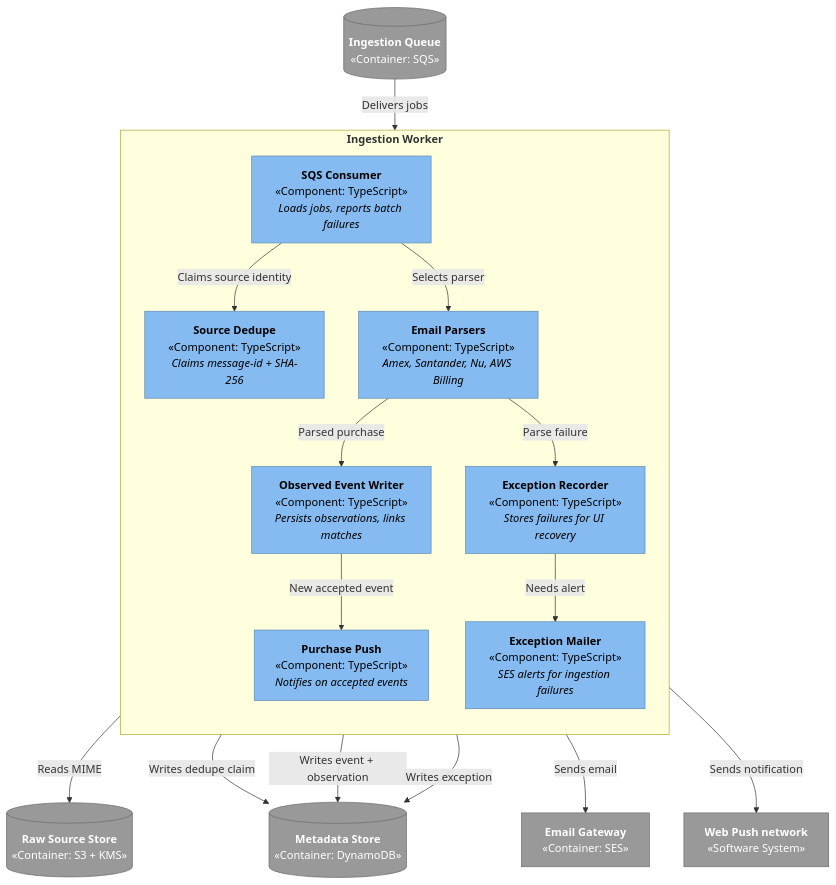
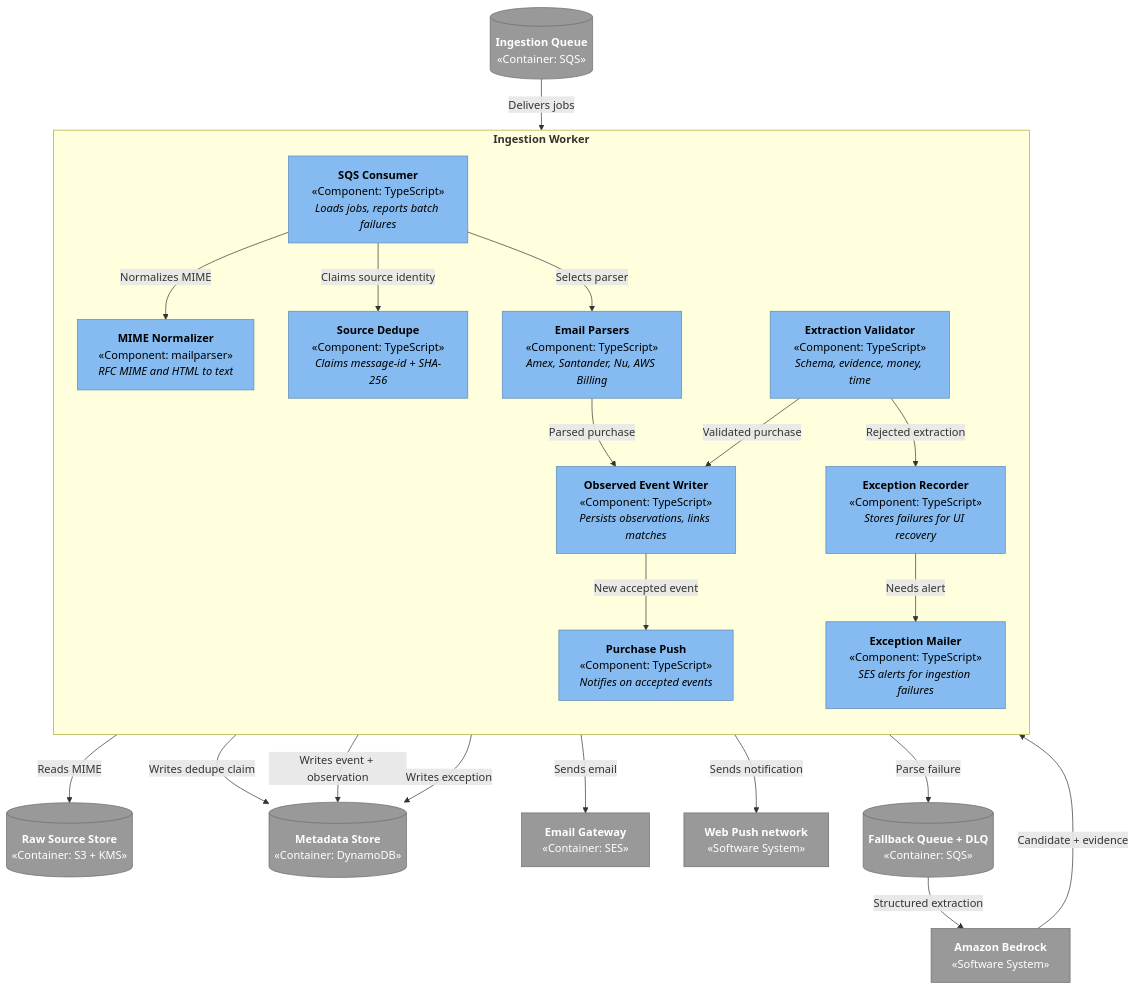
Before and after one commit to DavidCs9/personal-finance-system: the second of 4 diagrams in docs/architecture.md, drawn with Mermaid. The commit also changed other lines of this file and 19 other files, not shown here.

Commit message:
Add Bedrock fallback for email ingestion (#119)

````diff
--- a/docs/architecture.md
+++ b/docs/architecture.md
@@ -149,58 +155,73 @@
 ```mermaid
 flowchart TB
   classDef component fill:#85BBF0,stroke:#5D8AB3,color:#000,stroke-width:1px
   classDef external fill:#999999,stroke:#6B6B6B,color:#fff,stroke-width:1px
 
   queue[("`**Ingestion Queue**
 «Container: SQS»`")]
   raw[("`**Raw Source Store**
 «Container: S3 + KMS»`")]
   ddb[("`**Metadata Store**
 «Container: DynamoDB»`")]
   ses["`**Email Gateway**
 «Container: SES»`"]
   webpush["`**Web Push network**
 «Software System»`"]
+  bedrock["`**Amazon Bedrock**
+«Software System»`"]
+  fallbackQueue[("`**Fallback Queue + DLQ**
+«Container: SQS»`")]
 
   subgraph ingest["`**Ingestion Worker**`"]
     direction TB
     consumer["`**SQS Consumer**
 «Component: TypeScript»
 _Loads jobs, reports batch failures_`"]
     dedupe["`**Source Dedupe**
 «Component: TypeScript»
 _Claims message-id + SHA-256_`"]
     parsers["`**Email Parsers**
 «Component: TypeScript»
 _Amex, Santander, Nu, AWS Billing_`"]
+    mime["`**MIME Normalizer**
+«Component: mailparser»
+_RFC MIME and HTML to text_`"]
+    validator["`**Extraction Validator**
+«Component: TypeScript»
+_Schema, evidence, money, time_`"]
     reconcile["`**Observed Event Writer**
 «Component: TypeScript»
 _Persists observations, links matches_`"]
     exceptions["`**Exception Recorder**
 «Component: TypeScript»
 _Stores failures for UI recovery_`"]
     mail["`**Exception Mailer**
 «Component: TypeScript»
 _SES alerts for ingestion failures_`"]
     push["`**Purchase Push**
 «Component: TypeScript»
 _Notifies on accepted events_`"]
   end
 
   queue -->|"Delivers jobs"| consumer
   consumer -->|"Reads MIME"| raw
+  consumer -->|"Normalizes MIME"| mime
   consumer -->|"Claims source identity"| dedupe
   dedupe -->|"Writes dedupe claim"| ddb
   consumer -->|"Selects parser"| parsers
   parsers -->|"Parsed purchase"| reconcile
-  parsers -->|"Parse failure"| exceptions
+  parsers -->|"Parse failure"| fallbackQueue
+  fallbackQueue -->|"Structured extraction"| bedrock
+  bedrock -->|"Candidate + evidence"| validator
+  validator -->|"Validated purchase"| reconcile
+  validator -->|"Rejected extraction"| exceptions
   reconcile -->|"Writes event + observation"| ddb
   reconcile -->|"New accepted event"| push
   exceptions -->|"Writes exception"| ddb
   exceptions -->|"Needs alert"| mail
   mail -->|"Sends email"| ses
   push -->|"Sends notification"| webpush
 
-  class consumer,dedupe,parsers,reconcile,exceptions,mail,push component
-  class queue,raw,ddb,ses,webpush external
+  class consumer,dedupe,mime,parsers,validator,reconcile,exceptions,mail,push component
+  class queue,fallbackQueue,raw,ddb,ses,webpush,bedrock external
 ```
````
